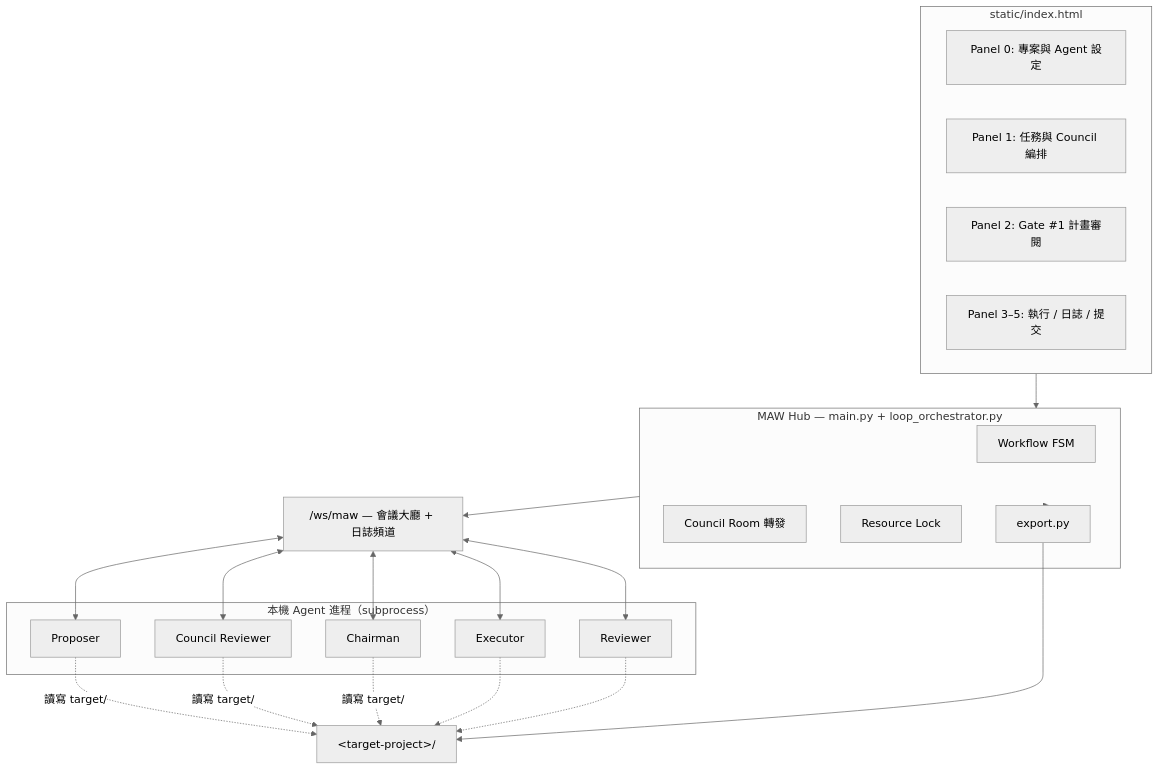
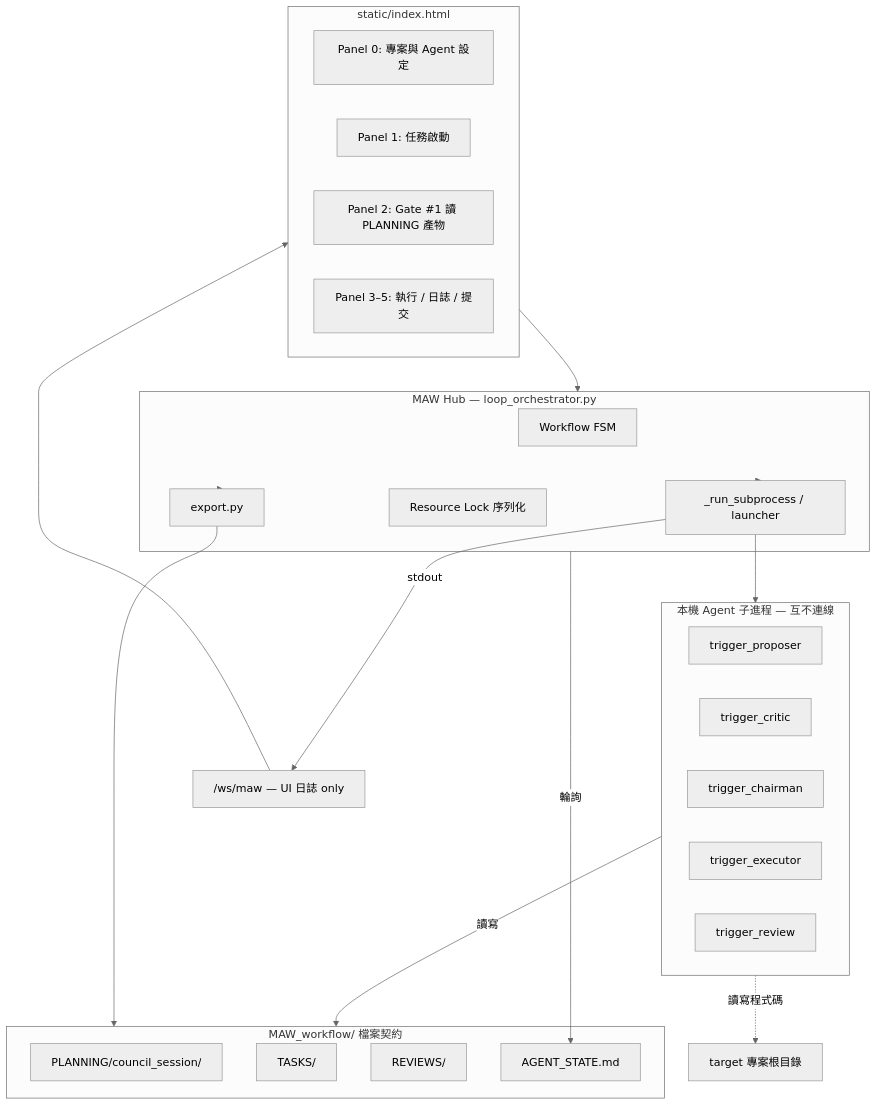
The diagram in LOCAL_AGENT_ARCHITECTURE_PLAN.md (kekukeku/MAW), drawn with Mermaid (neutral theme) before and after one commit. The commit also changed other lines of this file, not shown here.

First line of the commit message:
docs: revise local agent plan to use file contract not WS IPC

````diff
--- a/LOCAL_AGENT_ARCHITECTURE_PLAN.md
+++ b/LOCAL_AGENT_ARCHITECTURE_PLAN.md
@@ -40,33 +42,41 @@
 ```mermaid
 flowchart TB
   subgraph UI["static/index.html"]
     P0[Panel 0: 專案與 Agent 設定]
-    P1[Panel 1: 任務與 Council 編排]
-    P2[Panel 2: Gate #1 計畫審閱]
+    P1[Panel 1: 任務啟動]
+    P2[Panel 2: Gate #1 讀 PLANNING 產物]
     P3[Panel 3–5: 執行 / 日誌 / 提交]
   end
 
-  subgraph Hub["MAW Hub — main.py + loop_orchestrator.py"]
+  subgraph Hub["MAW Hub — loop_orchestrator.py"]
     FSM[Workflow FSM]
-    ROOM[Council Room 轉發]
-    LOCK[Resource Lock]
+    SPAWN[_run_subprocess / launcher]
+    LOCK[Resource Lock 序列化]
     EXP[export.py]
   end
 
-  subgraph Agents["本機 Agent 進程（subprocess）"]
-    PROP[Proposer]
-    CRIT[Council Reviewer]
-    CHAIR[Chairman]
-    EXEC[Executor]
-    REV[Reviewer]
+  subgraph WF["MAW_workflow/ 檔案契約"]
+    PLAN[PLANNING/council_session/]
+    TASK[TASKS/]
+    REV[REVIEWS/]
+    STATE[AGENT_STATE.md]
   end
 
-  WS["/ws/maw — 會議大廳 + 日誌頻道"]
+  subgraph Agents["本機 Agent 子進程 — 互不連線"]
+    PROP[trigger_proposer]
+    CRIT[trigger_critic]
+    CHAIR[trigger_chairman]
+    EXEC[trigger_executor]
+    REVW[trigger_review]
+  end
+
+  WS["/ws/maw — UI 日誌 only"]
 
   UI --> Hub
-  Hub --> WS
-  WS <--> PROP & CRIT & CHAIR & EXEC & REV
-  PROP & CRIT & CHAIR -.->|讀寫 target/| TARGET["&lt;target-project&gt;/"]
-  EXEC & REV -.-> TARGET
-  Hub --> EXP --> TARGET
+  Hub --> SPAWN --> Agents
+  Agents -->|讀寫| WF
+  Agents -.->|讀寫程式碼| TARGET["target 專案根目錄"]
+  SPAWN -->|stdout| WS --> UI
+  Hub --> EXP --> WF
+  Hub -->|輪詢| STATE
 ```
````
